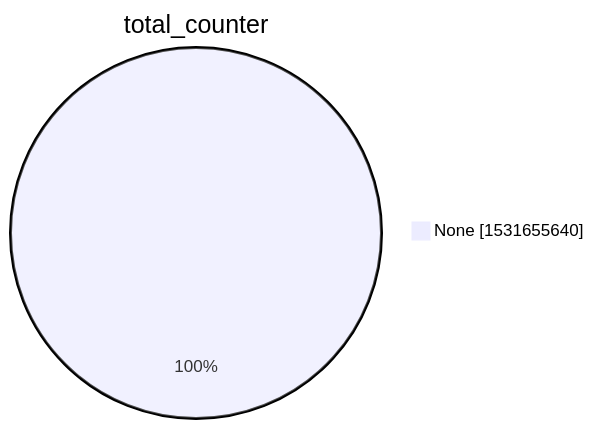
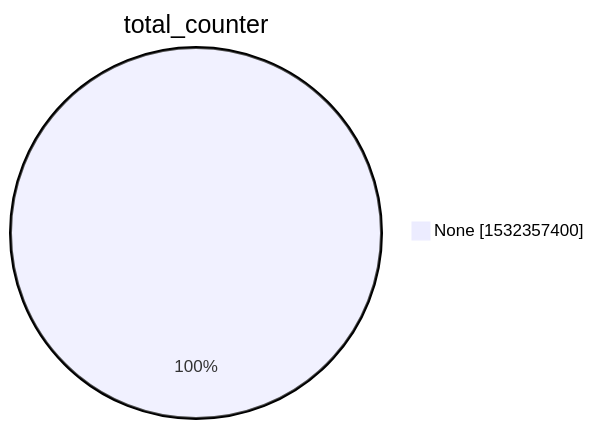
Before and after one commit to christiankrug/ctmonitor_visualization: the second of 15 diagrams in xenon2022/README.md, drawn with Mermaid. The commit also changed other lines of this file, not shown here.

````diff
--- a/xenon2022/README.md
+++ b/xenon2022/README.md
@@ -9,5 +9,5 @@
 ```mermaid
 pie showData
 title total_counter
-"None" :1531655640
+"None" :1532357400
 ```
````
